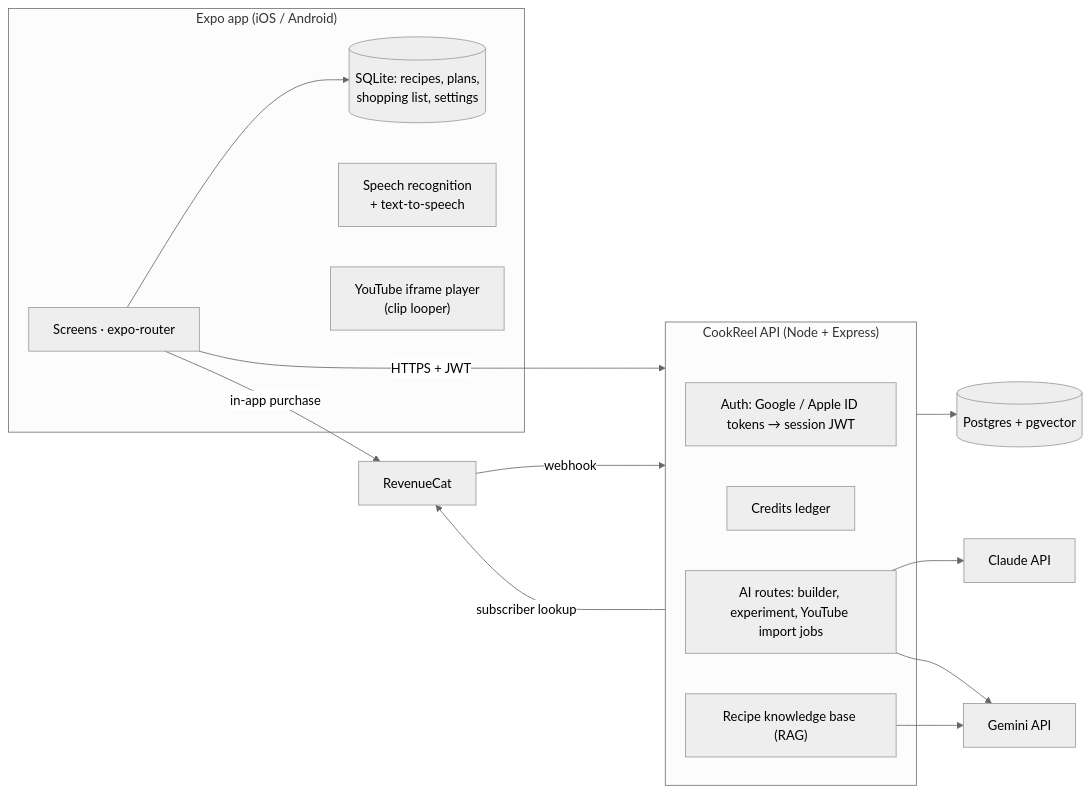
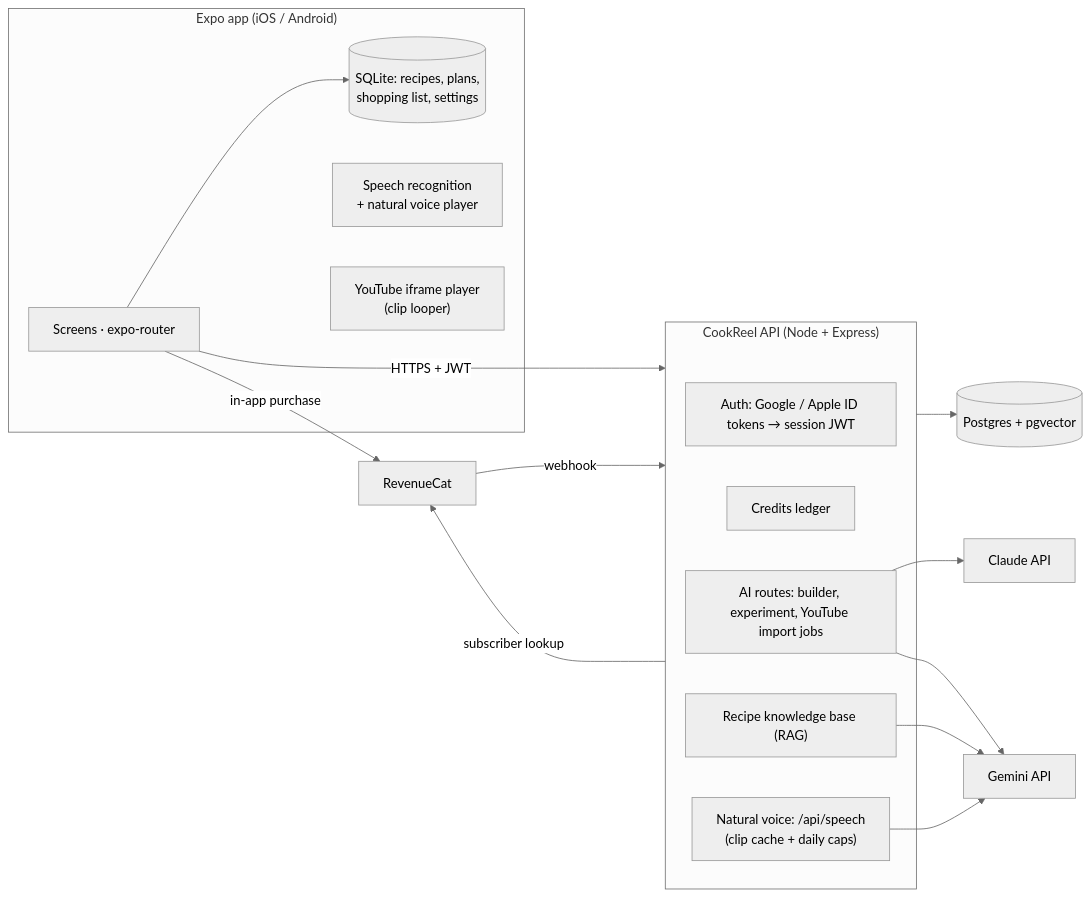
Before and after one commit to keshavkumar4699/cook-reel: the diagram in README.md, drawn with Mermaid (neutral theme). The commit also changed other lines of this file, not shown here.

First line of the commit message:
Document languages, natural voice, per-language voice commands and TTS costs

````diff
--- a/README.md
+++ b/README.md
@@ -31,29 +33,31 @@
 ```mermaid
 flowchart LR
   subgraph Phone["Expo app (iOS / Android)"]
     UI["Screens · expo-router"]
     Store[("SQLite: recipes, plans,<br/>shopping list, settings")]
-    Voice["Speech recognition<br/>+ text-to-speech"]
+    Voice["Speech recognition<br/>+ natural voice player"]
     YT["YouTube iframe player<br/>(clip looper)"]
   end
   subgraph API["CookReel API (Node + Express)"]
     Auth["Auth: Google / Apple ID tokens → session JWT"]
     Credits["Credits ledger"]
     AI["AI routes: builder, experiment, YouTube import jobs"]
     KB["Recipe knowledge base (RAG)"]
+    TTS["Natural voice: /api/speech<br/>(clip cache + daily caps)"]
   end
   PG[("Postgres + pgvector")]
   Claude["Claude API"]
   Gemini["Gemini API"]
   RC["RevenueCat"]
 
   UI --> Store
   UI -- "HTTPS + JWT" --> API
   AI --> Claude
   AI --> Gemini
   KB --> Gemini
+  TTS --> Gemini
   API --> PG
   RC -- webhook --> API
   API -- "subscriber lookup" --> RC
   UI -- "in-app purchase" --> RC
 ```
````
